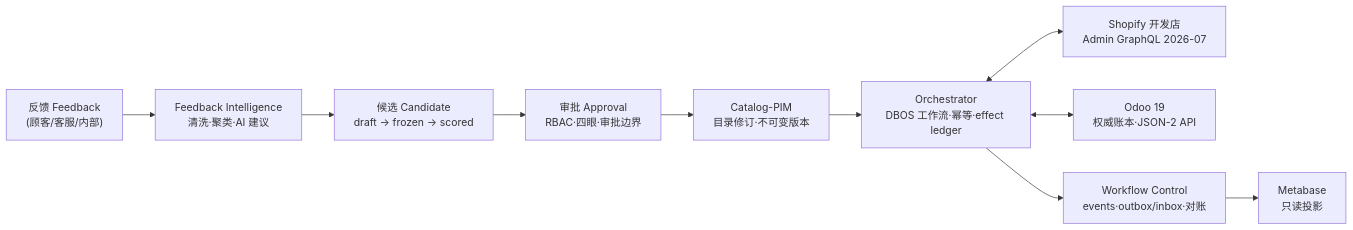
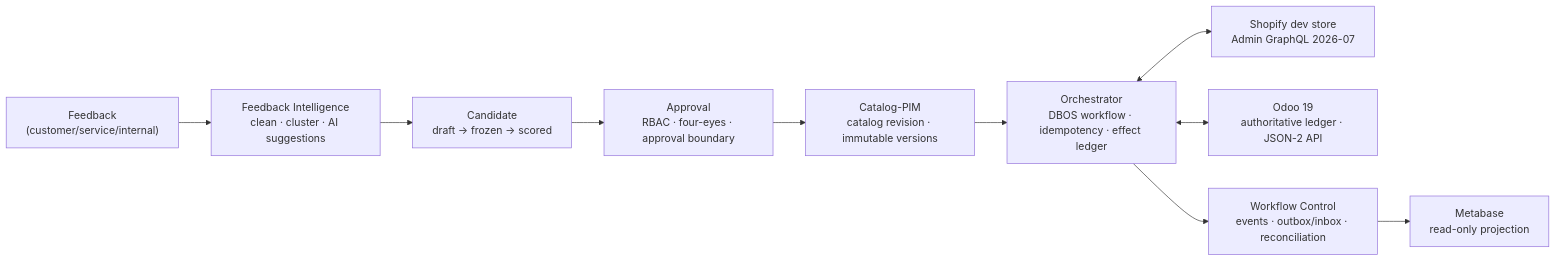
The diagram in README.md (ratiolin/commerce-orchestrator), drawn with Mermaid before and after one commit. The commit also changed other lines of this file and 4 other files, not shown here.

````diff
--- a/README.md
+++ b/README.md
@@ -25,12 +25,12 @@
 ```mermaid
 flowchart LR
-    FB["反馈 Feedback<br/>(顾客/客服/内部)"] --> FI["Feedback Intelligence<br/>清洗·聚类·AI 建议"]
-    FI --> CA["候选 Candidate<br/>draft → frozen → scored"]
-    CA --> AP["审批 Approval<br/>RBAC·四眼·审批边界"]
-    AP --> PIM["Catalog-PIM<br/>目录修订·不可变版本"]
-    PIM --> OR["Orchestrator<br/>DBOS 工作流·幂等·effect ledger"]
-    OR <--> SH["Shopify 开发店<br/>Admin GraphQL 2026-07"]
-    OR <--> OD["Odoo 19<br/>权威账本·JSON-2 API"]
-    OR --> EV["Workflow Control<br/>events·outbox/inbox·对账"]
-    EV --> MB["Metabase<br/>只读投影"]
+    FB["Feedback<br/>(customer/service/internal)"] --> FI["Feedback Intelligence<br/>clean · cluster · AI suggestions"]
+    FI --> CA["Candidate<br/>draft → frozen → scored"]
+    CA --> AP["Approval<br/>RBAC · four-eyes · approval boundary"]
+    AP --> PIM["Catalog-PIM<br/>catalog revision · immutable versions"]
+    PIM --> OR["Orchestrator<br/>DBOS workflow · idempotency · effect ledger"]
+    OR <--> SH["Shopify dev store<br/>Admin GraphQL 2026-07"]
+    OR <--> OD["Odoo 19<br/>authoritative ledger · JSON-2 API"]
+    OR --> EV["Workflow Control<br/>events · outbox/inbox · reconciliation"]
+    EV --> MB["Metabase<br/>read-only projection"]
 ```
````
